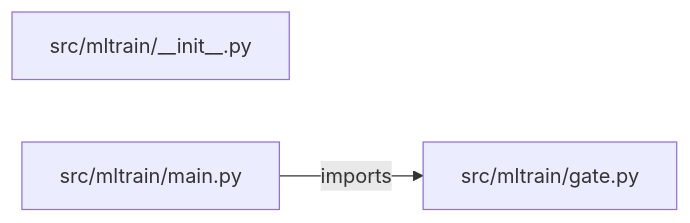
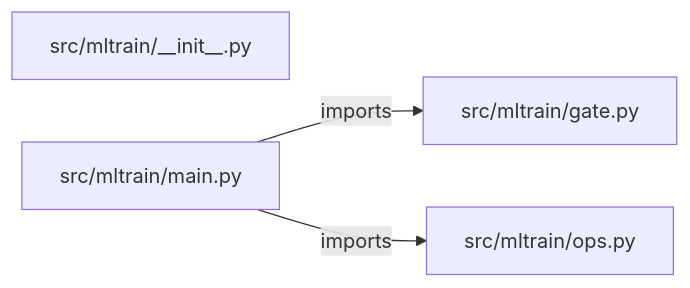
Before and after one commit to iarsingh/end-to-end-ml-training-platform: the diagram in PROJECT_ARCHITECTURE.md, drawn with Mermaid. The commit also changed other lines of this file and 2 other files, not shown here.

Commit message:
Refresh architecture and interview guides from current implementation

````diff
--- a/PROJECT_ARCHITECTURE.md
+++ b/PROJECT_ARCHITECTURE.md
@@ -13,7 +13,9 @@
 ```mermaid
 flowchart LR
     M0["src/mltrain/__init__.py"]
     M1["src/mltrain/gate.py"]
     M2["src/mltrain/main.py"]
+    M3["src/mltrain/ops.py"]
     M2 -->|imports| M1
+    M2 -->|imports| M3
 ```
````
